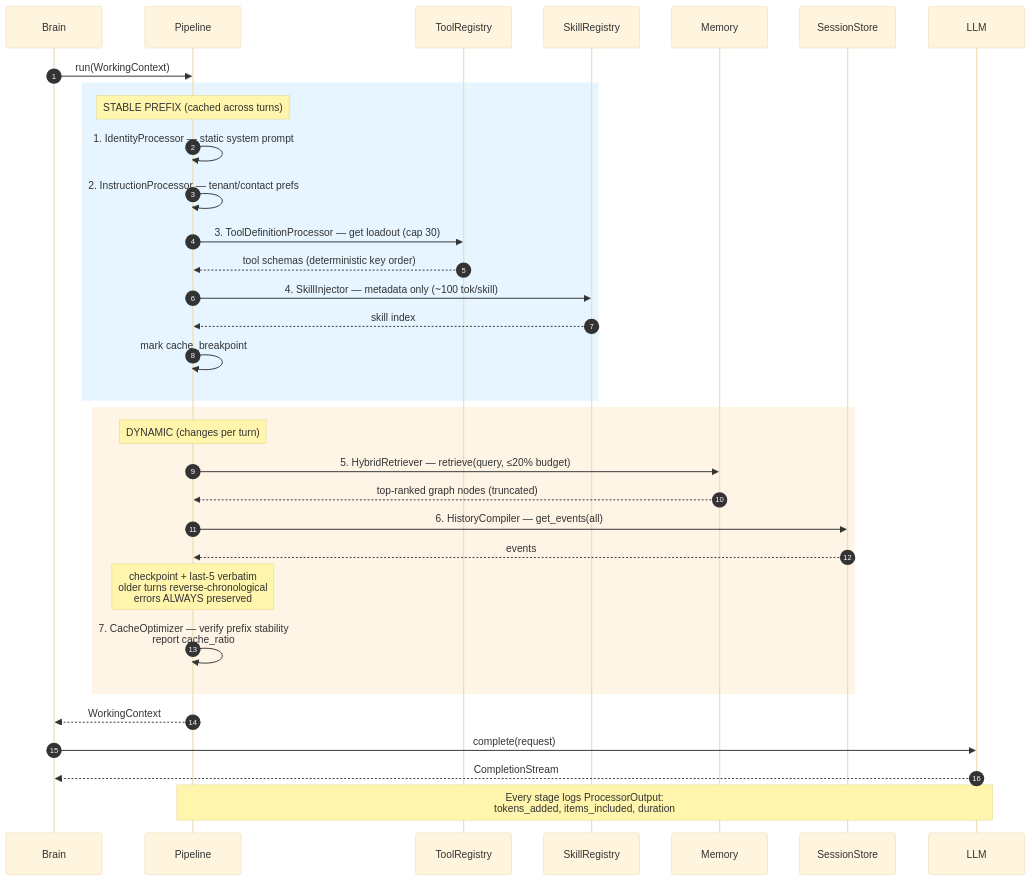
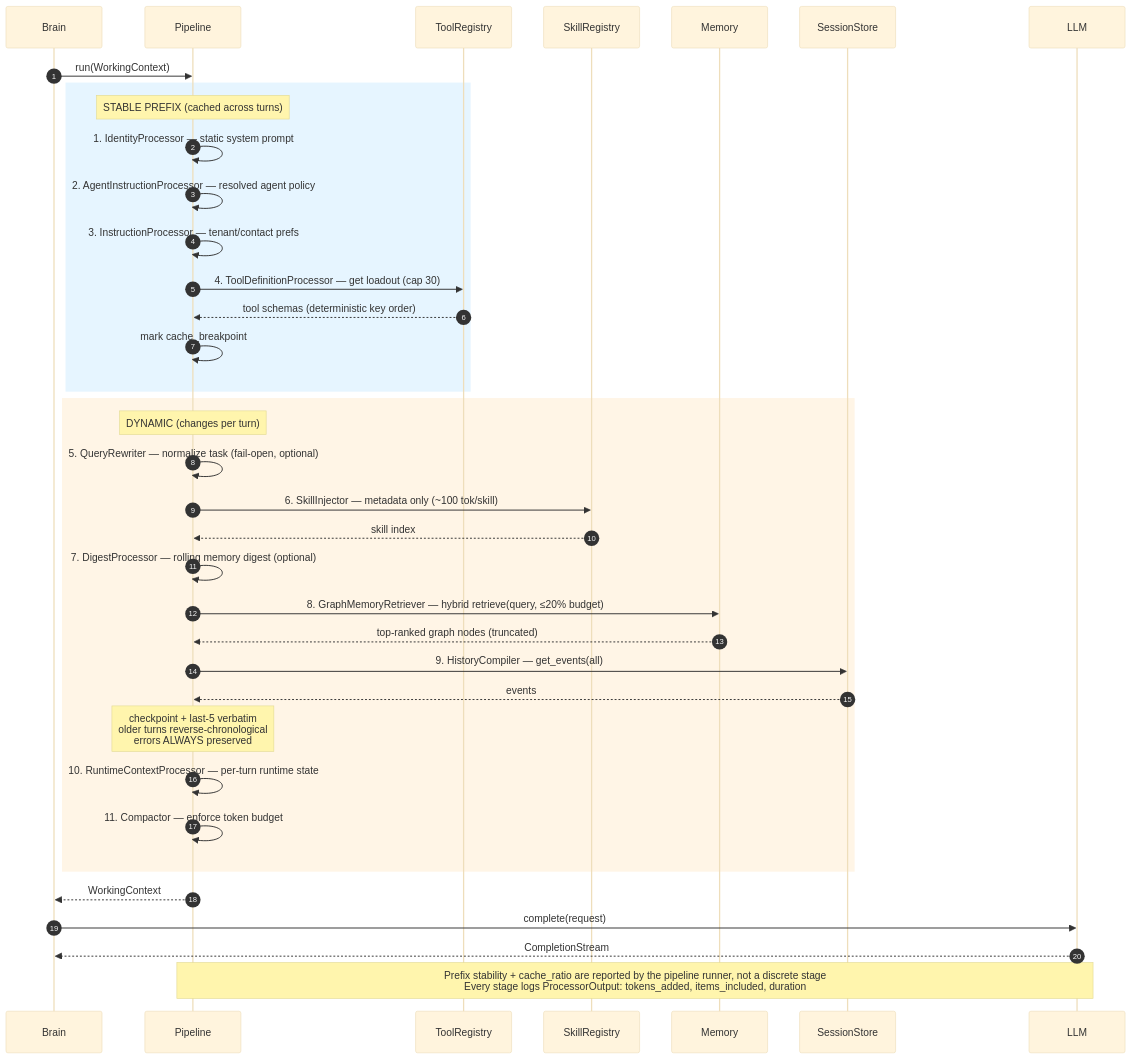
Before and after one commit to hwuiwon/moa: the third of 14 diagrams in sequence-diagrams.md, drawn with Mermaid (base theme). The commit also changed other lines of this file and 305 other files, not shown here.

````diff
--- a/sequence-diagrams.md
+++ b/sequence-diagrams.md
@@ -140,40 +140,44 @@
 ```mermaid
 sequenceDiagram
     autonumber
     participant Brain
     participant Pipe as Pipeline
     participant Tools as ToolRegistry
     participant Skills as SkillRegistry
     participant Memory
     participant Log as SessionStore
     participant LLM
 
     Brain->>Pipe: run(WorkingContext)
 
     rect rgb(230, 245, 255)
         Note over Pipe: STABLE PREFIX (cached across turns)
         Pipe->>Pipe: 1. IdentityProcessor — static system prompt
-        Pipe->>Pipe: 2. InstructionProcessor — tenant/contact prefs
-        Pipe->>Tools: 3. ToolDefinitionProcessor — get loadout (cap 30)
+        Pipe->>Pipe: 2. AgentInstructionProcessor — resolved agent policy
+        Pipe->>Pipe: 3. InstructionProcessor — tenant/contact prefs
+        Pipe->>Tools: 4. ToolDefinitionProcessor — get loadout (cap 30)
         Tools-->>Pipe: tool schemas (deterministic key order)
-        Pipe->>Skills: 4. SkillInjector — metadata only (~100 tok/skill)
-        Skills-->>Pipe: skill index
         Pipe->>Pipe: mark cache_breakpoint
     end
 
     rect rgb(255, 245, 230)
         Note over Pipe: DYNAMIC (changes per turn)
-        Pipe->>Memory: 5. HybridRetriever — retrieve(query, ≤20% budget)
+        Pipe->>Pipe: 5. QueryRewriter — normalize task (fail-open, optional)
+        Pipe->>Skills: 6. SkillInjector — metadata only (~100 tok/skill)
+        Skills-->>Pipe: skill index
+        Pipe->>Pipe: 7. DigestProcessor — rolling memory digest (optional)
+        Pipe->>Memory: 8. GraphMemoryRetriever — hybrid retrieve(query, ≤20% budget)
         Memory-->>Pipe: top-ranked graph nodes (truncated)
-        Pipe->>Log: 6. HistoryCompiler — get_events(all)
+        Pipe->>Log: 9. HistoryCompiler — get_events(all)
         Log-->>Pipe: events
         Note over Pipe: checkpoint + last-5 verbatim<br/>older turns reverse-chronological<br/>errors ALWAYS preserved
-        Pipe->>Pipe: 7. CacheOptimizer — verify prefix stability<br/>report cache_ratio
+        Pipe->>Pipe: 10. RuntimeContextProcessor — per-turn runtime state
+        Pipe->>Pipe: 11. Compactor — enforce token budget
     end
 
     Pipe-->>Brain: WorkingContext
     Brain->>LLM: complete(request)
     LLM-->>Brain: CompletionStream
 
-    Note over Pipe,LLM: Every stage logs ProcessorOutput:<br/>tokens_added, items_included, duration
+    Note over Pipe,LLM: Prefix stability + cache_ratio are reported by the pipeline runner, not a discrete stage<br/>Every stage logs ProcessorOutput: tokens_added, items_included, duration
 ```
````
